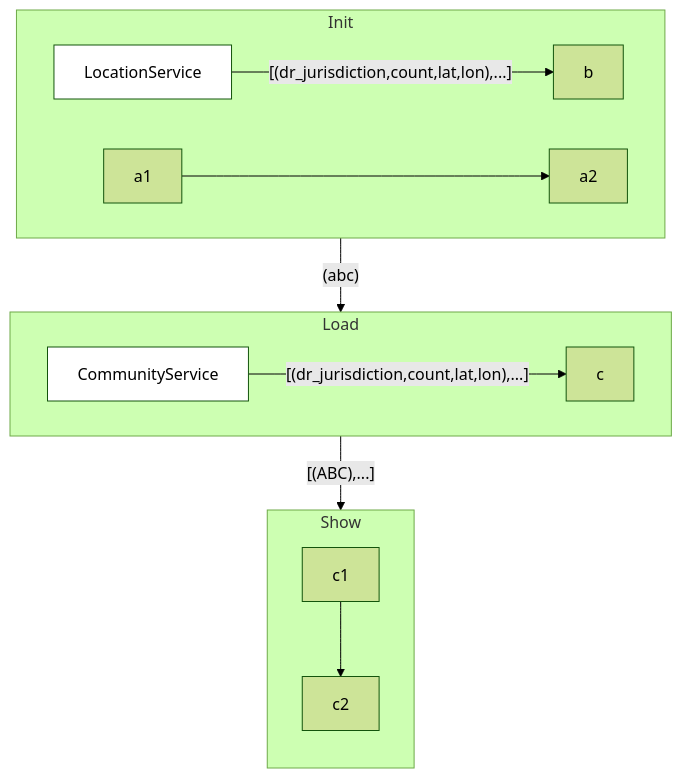
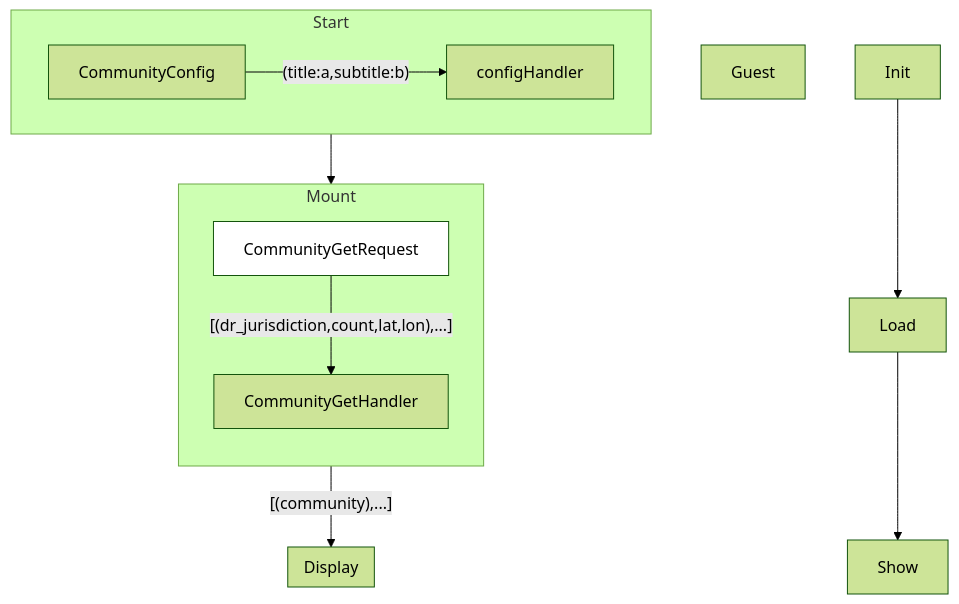
Before and after one commit to Wilfongjt/lb-A: the diagram in README.md, drawn with Mermaid (forest theme). The commit also changed other lines of this file, not shown here.

````diff
--- a/README.md
+++ b/README.md
@@ -6,28 +6,30 @@
 ```mermaid
 flowchart TB
     classDef service fill:#fff;
-    CommunityService:::service
-    LocationService:::service
     
-    subgraph Init
-      direction LR
-      LocationService --> |"[(dr_jurisdiction,count,lat,lon),...]"| b
-      a1-->a2
+    Guest
+    
+    Init --> Load
+    Load --> Show
+
+    CommunityGetRequest:::service
+    
+    subgraph Start
+      CommunityConfig --> |"(title:a,subtitle:b)"| configHandler    
     end
     
-    subgraph Load
-      CommunityService --> |"[(dr_jurisdiction,count,lat,lon),...]"| c
-            
+    subgraph Mount
+      direction TB
+     
+      CommunityGetRequest --> |"[(dr_jurisdiction,count,lat,lon),...]"| CommunityGetHandler
     end
     
-    subgraph Show
+    subgraph Display
       direction TB
-
-      c1-->c2
     end
     
-    Init --> |"(abc)"| Load
-    Load --> |"[(ABC),...]"| Show
-    
-    
+
+    Start --> Mount
+    Mount --> |"[(community),...]"| Display
+
 ```
````
